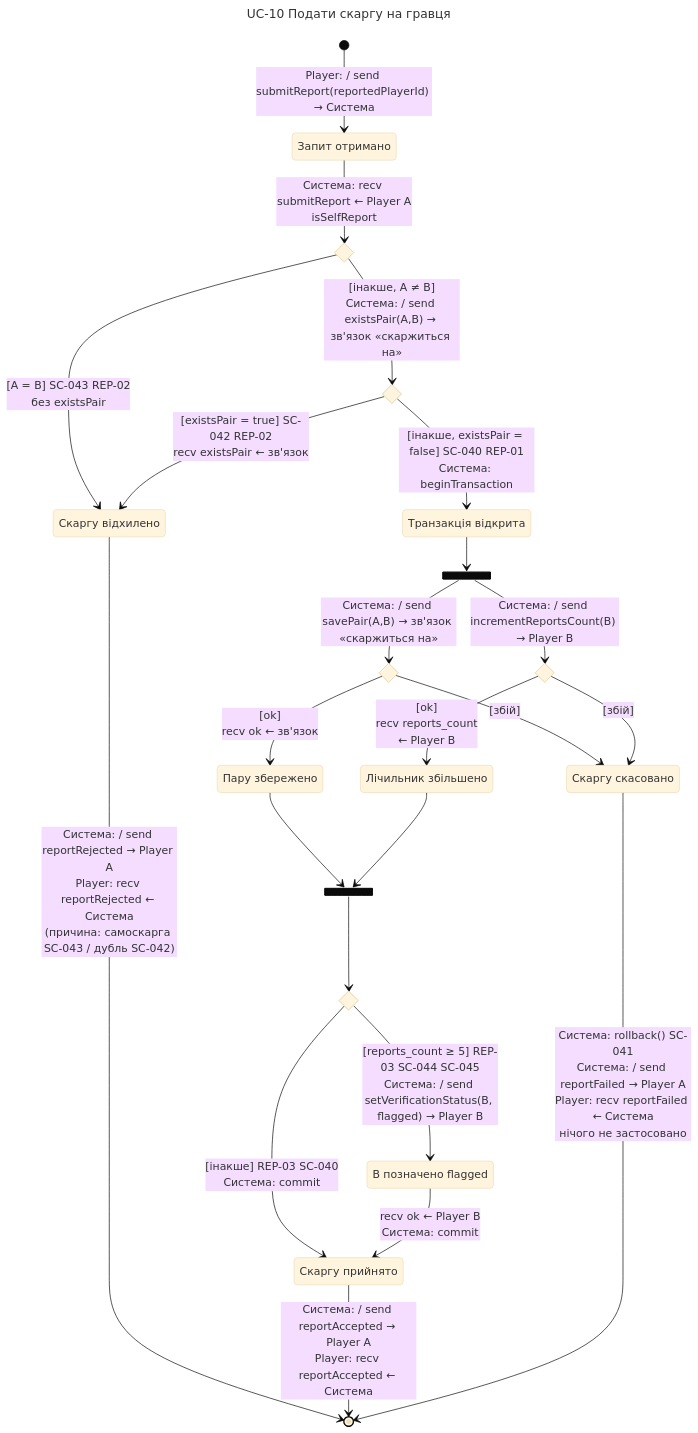
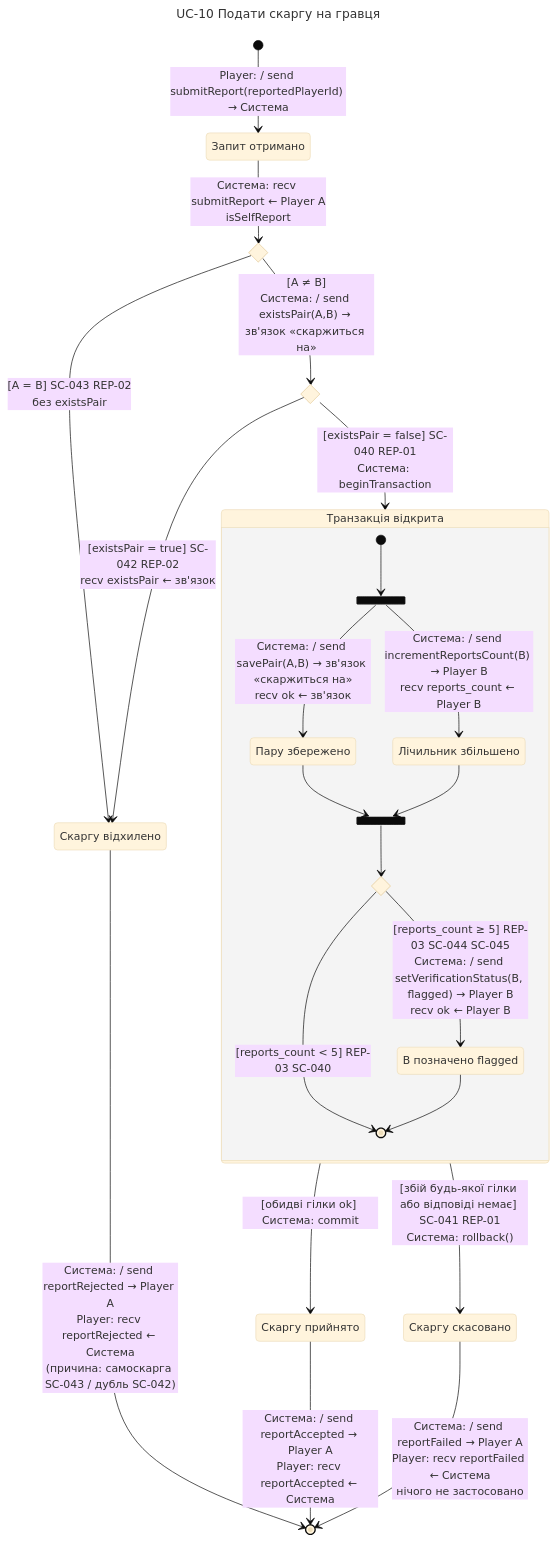
One commit to Honike-1/KPI2 changed the diagram in lab4/diagram/state-diagram.mmd. Above: the diagram before and after it, drawn with Mermaid (base theme). The commit also changed 2 other files, not shown here.

Commit message:
rework specification and diagram

```diff
--- a/lab4/diagram/state-diagram.mmd
+++ b/lab4/diagram/state-diagram.mmd
@@ -1,57 +1,48 @@
 ---
 title: UC-10 Подати скаргу на гравця
 ---
 stateDiagram-v2
     direction TB
 
     state "Запит отримано" as Req
     state "Скаргу відхилено" as Rejected
-    state "Транзакція відкрита" as TxOpen
-    state "Пару збережено" as Saved
-    state "Лічильник збільшено" as Counted
-    state "B позначено flagged" as Flagged
     state "Скаргу прийнято" as Accepted
     state "Скаргу скасовано" as Cancelled
 
     state SelfCheck <<choice>>
     state DupCheck <<choice>>
-    state SaveRes <<choice>>
-    state IncRes <<choice>>
-    state Fork1 <<fork>>
-    state Join1 <<join>>
-    state FlagCheck <<choice>>
+
+    state "Транзакція відкрита" as TxOpen {
+        state "Пару збережено" as Saved
+        state "Лічильник збільшено" as Counted
+        state "B позначено flagged" as Flagged
+        state Fork1 <<fork>>
+        state Join1 <<join>>
+        state FlagCheck <<choice>>
+
+        [*] --> Fork1
+        Fork1 --> Saved : Система: / send savePair(A,B) → зв'язок «скаржиться на»<br/>recv ok ← зв'язок
+        Fork1 --> Counted : Система: / send incrementReportsCount(B) → Player B<br/>recv reports_count ← Player B
+        Saved --> Join1
+        Counted --> Join1
+        Join1 --> FlagCheck
+        FlagCheck --> Flagged : [reports_count ≥ 5] REP-03 SC-044 SC-045<br/>Система: / send setVerificationStatus(B, flagged) → Player B<br/>recv ok ← Player B
+        FlagCheck --> [*] : [reports_count < 5] REP-03 SC-040
+        Flagged --> [*]
+    }
 
     [*] --> Req : Player: / send submitReport(reportedPlayerId) → Система
-
     Req --> SelfCheck : Система: recv submitReport ← Player A<br/>isSelfReport
 
     SelfCheck --> Rejected : [A = B] SC-043 REP-02<br/>без existsPair
-    SelfCheck --> DupCheck : [інакше, A ≠ B]<br/>Система: / send existsPair(A,B) → зв'язок «скаржиться на»
+    SelfCheck --> DupCheck : [A ≠ B]<br/>Система: / send existsPair(A,B) → зв'язок «скаржиться на»
 
     DupCheck --> Rejected : [existsPair = true] SC-042 REP-02<br/>recv existsPair ← зв'язок
-    DupCheck --> TxOpen : [інакше, existsPair = false] SC-040 REP-01<br/>Система: beginTransaction
+    DupCheck --> TxOpen : [existsPair = false] SC-040 REP-01<br/>Система: beginTransaction
 
-    TxOpen --> Fork1
-
-    Fork1 --> SaveRes : Система: / send savePair(A,B) → зв'язок «скаржиться на»
-    Fork1 --> IncRes : Система: / send incrementReportsCount(B) → Player B
-
-    SaveRes --> Saved : [ok]<br/>recv ok ← зв'язок
-    SaveRes --> Cancelled : [збій]
-
-    IncRes --> Counted : [ok]<br/>recv reports_count<br/>← Player B
-    IncRes --> Cancelled : [збій]
-
-    Saved --> Join1
-    Counted --> Join1
-
-    Join1 --> FlagCheck
-
-    FlagCheck --> Flagged : [reports_count ≥ 5] REP-03 SC-044 SC-045<br/>Система: / send setVerificationStatus(B, flagged) → Player B
-    FlagCheck --> Accepted : [інакше] REP-03 SC-040<br/>Система: commit
-
-    Flagged --> Accepted : recv ok ← Player B<br/>Система: commit
+    TxOpen --> Accepted : [обидві гілки ok] Система: commit
+    TxOpen --> Cancelled : [збій будь-якої гілки або відповіді немає] SC-041 REP-01<br/>Система: rollback()
 
     Rejected --> [*] : Система: / send reportRejected → Player A<br/>Player: recv reportRejected ← Система<br/>(причина: самоскарга SC-043 / дубль SC-042)
     Accepted --> [*] : Система: / send reportAccepted → Player A<br/>Player: recv reportAccepted ← Система
-    Cancelled --> [*] : Система: rollback() SC-041<br/>Система: / send reportFailed → Player A<br/>Player: recv reportFailed ← Система<br/>нічого не застосовано
+    Cancelled --> [*] : Система: / send reportFailed → Player A<br/>Player: recv reportFailed ← Система<br/>нічого не застосовано
```
